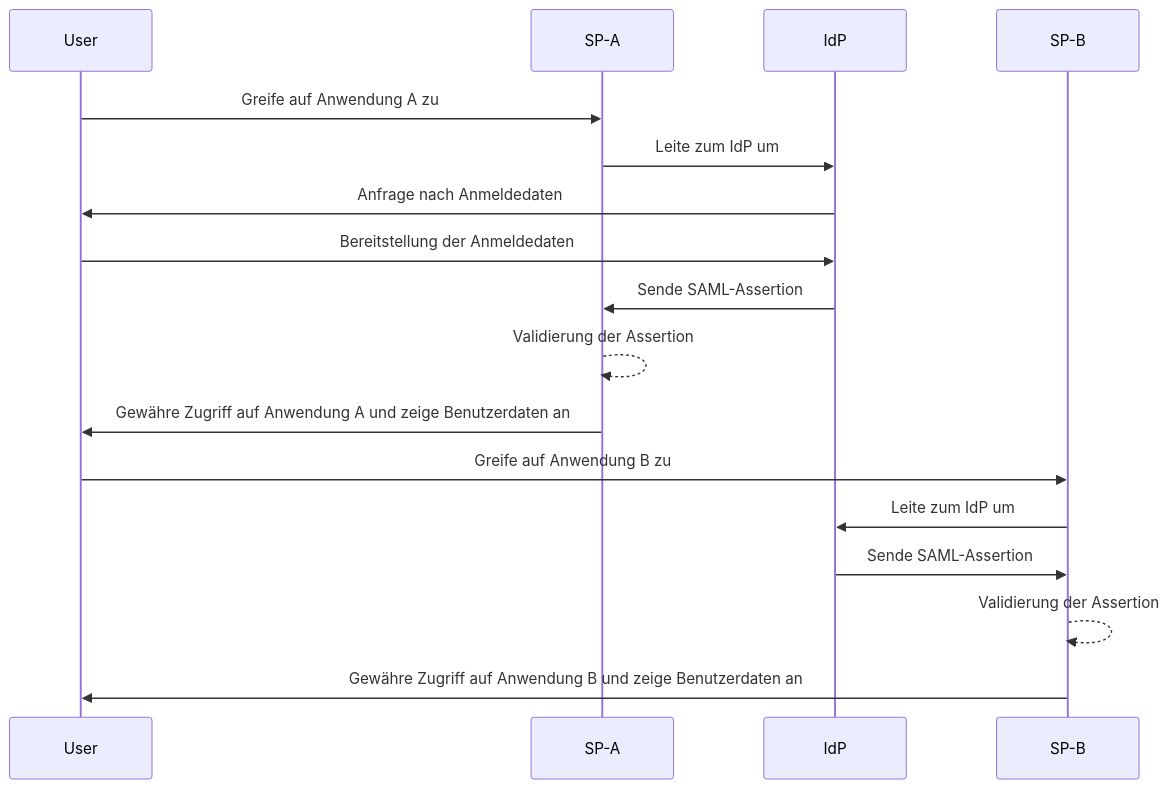
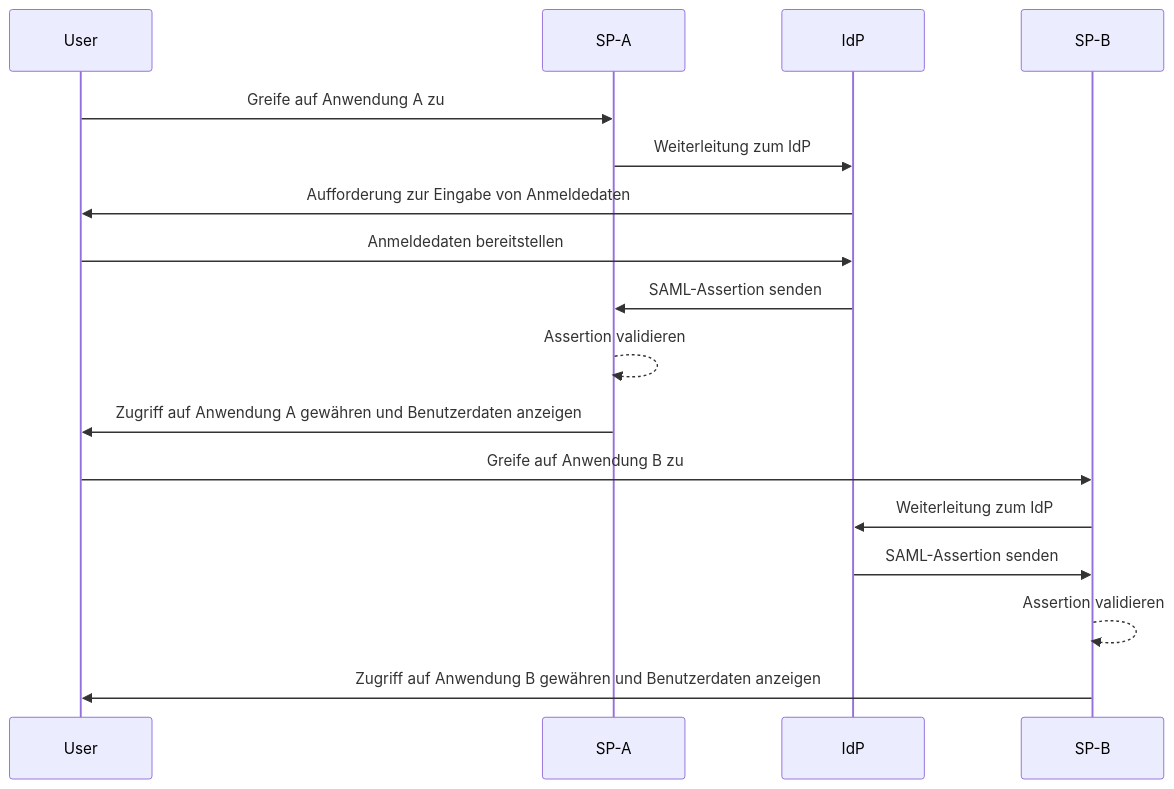
One commit to logto-io/auth-wiki changed the first of 2 diagrams in src/content/terms/de/single-sign-on.mdx. Above: the diagram before and after it, drawn with Mermaid. The commit also changed other lines of this file and 48 other files, not shown here.

````diff
--- a/src/content/terms/de/single-sign-on.mdx
+++ b/src/content/terms/de/single-sign-on.mdx
@@ -29,20 +29,20 @@
 ```mermaid
 sequenceDiagram
     participant User
     participant SP-A
     participant IdP
     participant SP-B
 
     User->>SP-A: Greife auf Anwendung A zu
-    SP-A->>IdP: Leite zum IdP um
-    IdP->>User: Anfrage nach Anmeldedaten
-    User->>IdP: Bereitstellung der Anmeldedaten
-    IdP->>SP-A: Sende SAML-Assertion
-    SP-A-->>SP-A: Validierung der Assertion
-    SP-A->>User: Gewähre Zugriff auf Anwendung A und zeige Benutzerdaten an
+    SP-A->>IdP: Weiterleitung zum IdP
+    IdP->>User: Aufforderung zur Eingabe von Anmeldedaten
+    User->>IdP: Anmeldedaten bereitstellen
+    IdP->>SP-A: SAML-Assertion senden
+    SP-A-->>SP-A: Assertion validieren
+    SP-A->>User: Zugriff auf Anwendung A gewähren und Benutzerdaten anzeigen
     User->>SP-B: Greife auf Anwendung B zu
-    SP-B->>IdP: Leite zum IdP um
-    IdP->>SP-B: Sende SAML-Assertion
-    SP-B-->>SP-B: Validierung der Assertion
-    SP-B->>User: Gewähre Zugriff auf Anwendung B und zeige Benutzerdaten an
+    SP-B->>IdP: Weiterleitung zum IdP
+    IdP->>SP-B: SAML-Assertion senden
+    SP-B-->>SP-B: Assertion validieren
+    SP-B->>User: Zugriff auf Anwendung B gewähren und Benutzerdaten anzeigen
 ```
````
